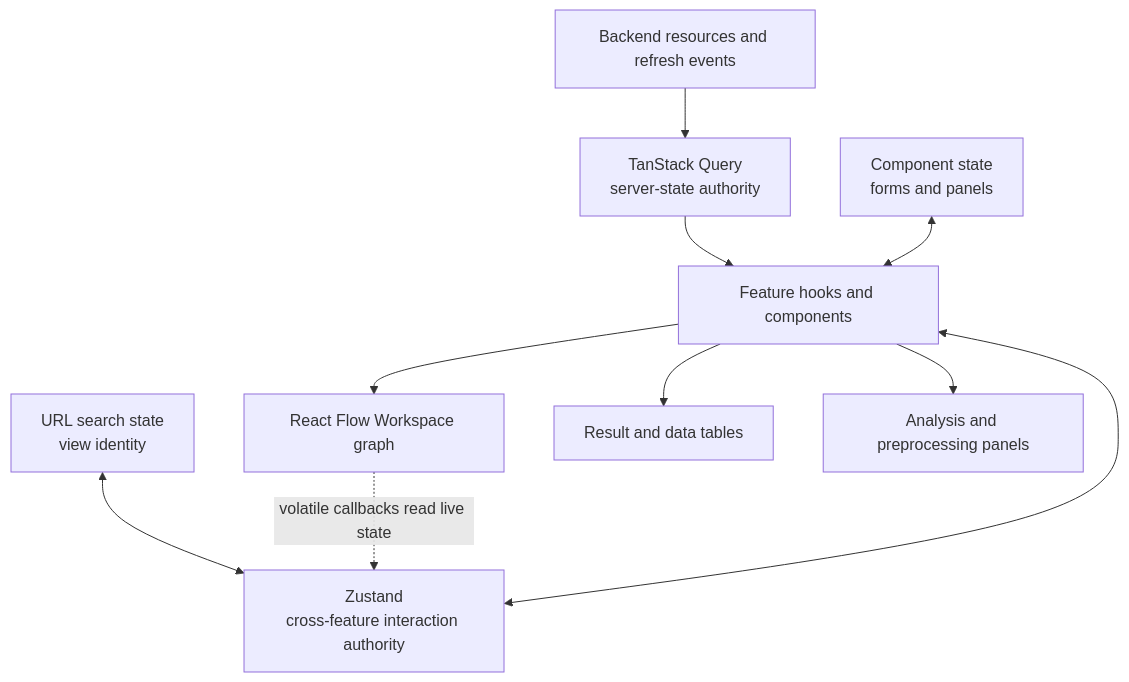
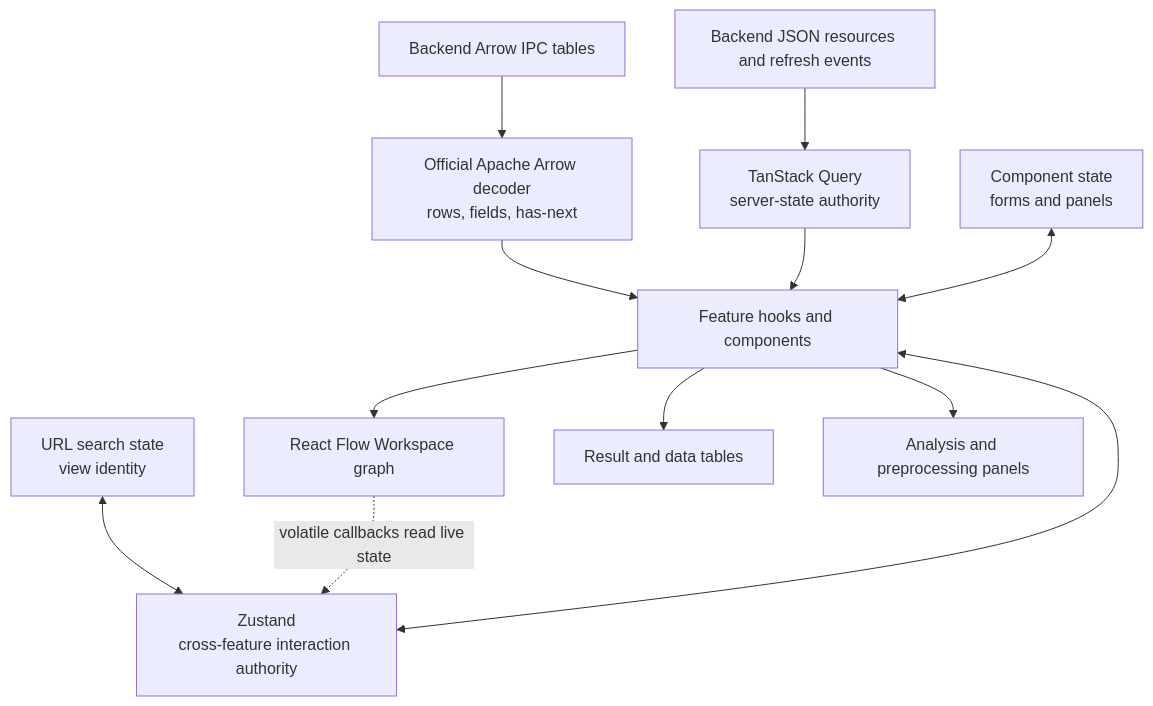
One commit to Australian-Text-Analytics-Platform/ldaca_web_app changed the diagram in docs/architecture/frontend/state-and-data-flow.md. Above: the diagram before and after it, drawn with Mermaid. The commit also changed other lines of this file and 104 other files, not shown here.

Commit message:
feat(arrow): decode tabular IPC with Apache Arrow

````diff
--- a/docs/architecture/frontend/state-and-data-flow.md
+++ b/docs/architecture/frontend/state-and-data-flow.md
@@ -11,15 +11,17 @@
 ```mermaid
 flowchart TB
-    BACKEND["Backend resources and refresh events"] --> QUERY["TanStack Query<br/>server-state authority"]
+    BACKEND["Backend JSON resources and refresh events"] --> QUERY["TanStack Query<br/>server-state authority"]
+    ARROW["Backend Arrow IPC tables"] --> DECODER["Official Apache Arrow decoder<br/>rows, fields, has-next"]
+    DECODER --> FEATURES
     QUERY --> FEATURES["Feature hooks and components"]
 
     ZUSTAND["Zustand<br/>cross-feature interaction authority"] <--> FEATURES
     LOCAL["Component state<br/>forms and panels"] <--> FEATURES
     URL["URL search state<br/>view identity"] <--> ZUSTAND
 
     FEATURES --> GRAPH["React Flow Workspace graph"]
     FEATURES --> TABLES["Result and data tables"]
     FEATURES --> PANELS["Analysis and preprocessing panels"]
 
     GRAPH -. "volatile callbacks read live state" .-> ZUSTAND
 ```
````
